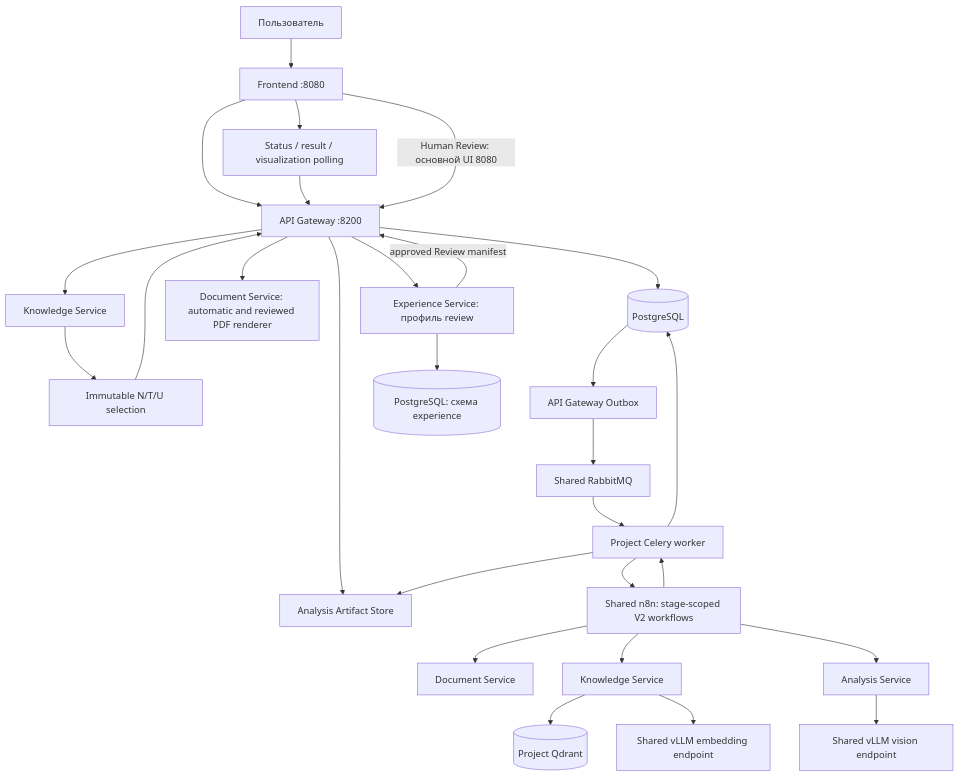
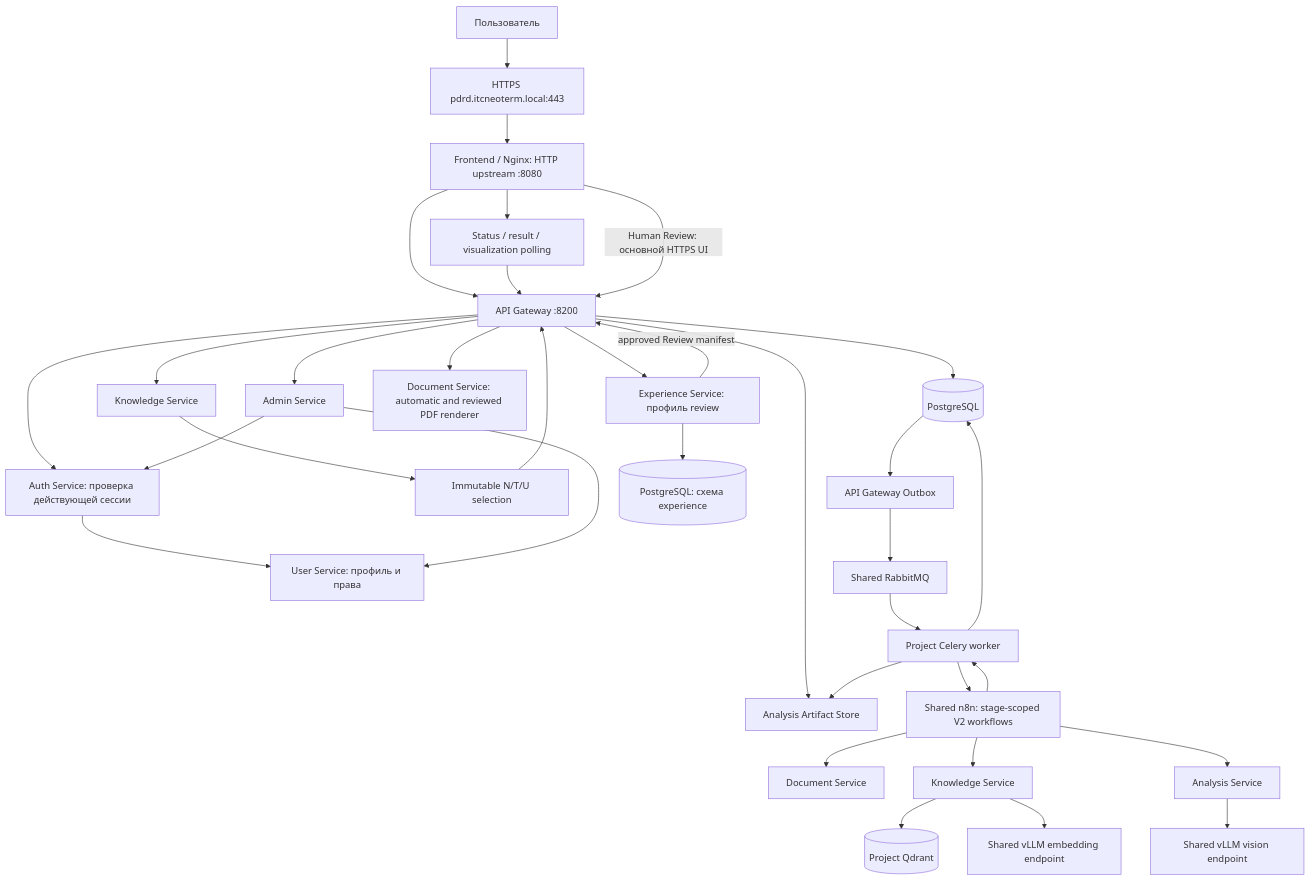
The first of 31 diagrams in README.md (Amadu-A/PDRD-validation), drawn with Mermaid before and after one commit. The commit also changed other lines of this file, not shown here.

````diff
--- a/README.md
+++ b/README.md
@@ -137,30 +142,36 @@
 ```mermaid
 flowchart TD
-    U["Пользователь"] --> FE["Frontend :8080"]
+    U["Пользователь"] --> TLS["HTTPS pdrd.itcneoterm.local:443"]
+    TLS --> FE["Frontend / Nginx: HTTP upstream :8080"]
     FE --> GW["API Gateway :8200"]
+    GW --> AUTH["Auth Service: проверка действующей сессии"]
+    AUTH --> US["User Service: профиль и права"]
+    GW --> ADMIN["Admin Service"]
+    ADMIN --> US
+    ADMIN --> AUTH
     GW --> FS["Analysis Artifact Store"]
     GW --> KS["Knowledge Service"]
     KS --> RESOLVE["Immutable N/T/U selection"]
     RESOLVE --> GW
     GW --> PG[("PostgreSQL")]
     PG --> O["API Gateway Outbox"]
     O --> RMQ["Shared RabbitMQ"]
     RMQ --> W["Project Celery worker"]
     W --> N8N["Shared n8n: stage-scoped V2 workflows"]
     N8N --> DS["Document Service"]
     N8N --> KS2["Knowledge Service"]
     N8N --> AS["Analysis Service"]
     KS2 --> QD[("Project Qdrant")]
     KS2 --> EMB["Shared vLLM embedding endpoint"]
     AS --> VLM["Shared vLLM vision endpoint"]
     N8N --> W
     W --> PG
     W --> FS
     FE --> POLL["Status / result / visualization polling"]
     POLL --> GW
     GW --> DS2["Document Service: automatic and reviewed PDF renderer"]
-    FE -->|Human Review: основной UI 8080| GW
+    FE -->|Human Review: основной HTTPS UI| GW
     GW --> EXP["Experience Service: профиль review"]
     EXP --> RP[("PostgreSQL: схема experience")]
     EXP -->|approved Review manifest| GW
 ```
````
